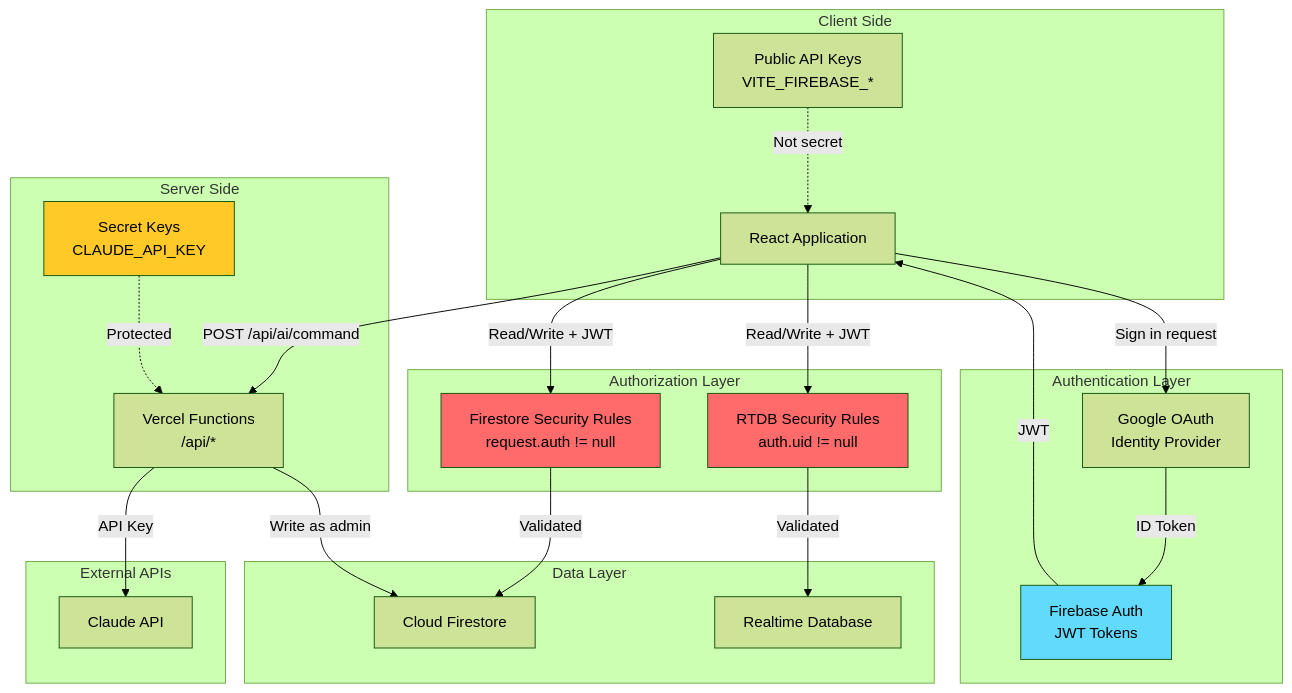
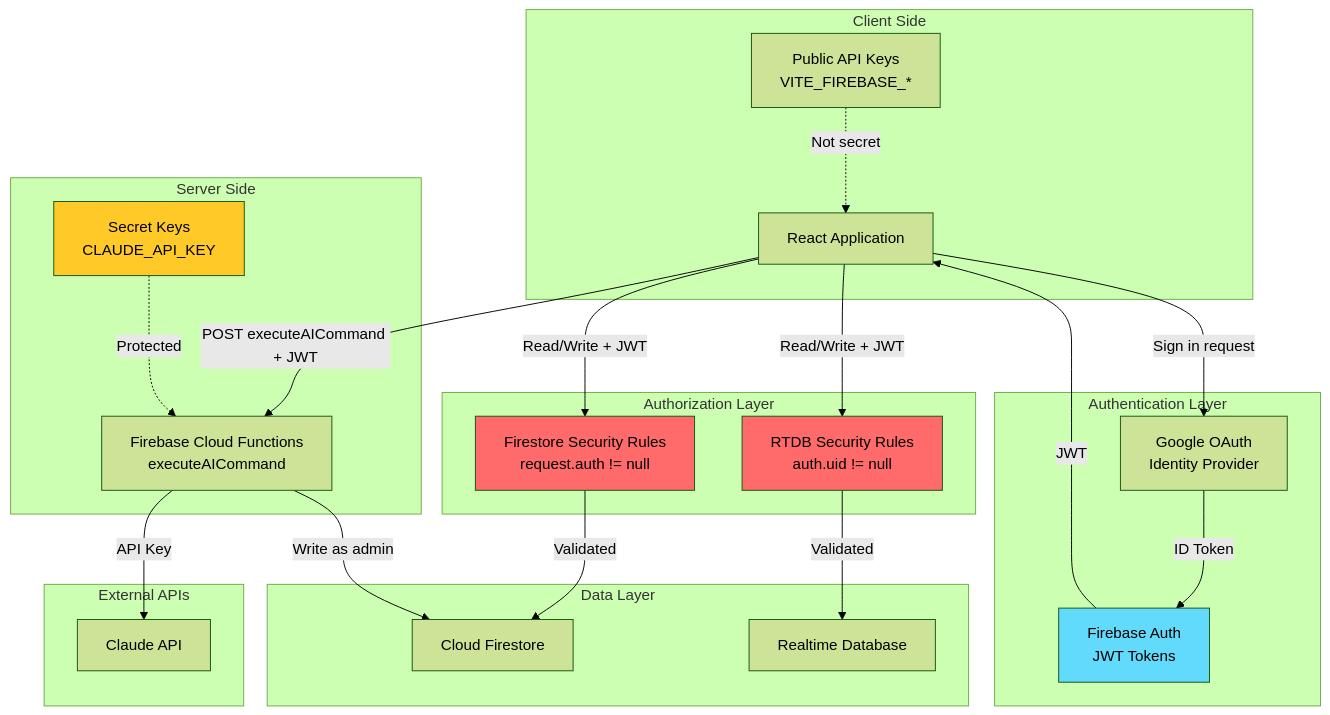
Diagram 14 of 15 in ARCHITECTURE_DIAGRAMS.md (reena96/Canvisia), drawn with Mermaid (forest theme) before and after one commit. The commit also changed other lines of this file and 2 other files, not shown here.

First line of the commit message:
Complete documentation verification and fix all Vercel references

````diff
--- a/ARCHITECTURE_DIAGRAMS.md
+++ b/ARCHITECTURE_DIAGRAMS.md
@@ -656,53 +656,53 @@
 ```mermaid
 graph TB
     subgraph "Client Side"
         ClientApp[React Application]
         PublicKeys[Public API Keys<br/>VITE_FIREBASE_*]
     end
 
     subgraph "Authentication Layer"
         GoogleOAuth[Google OAuth<br/>Identity Provider]
         FirebaseAuth[Firebase Auth<br/>JWT Tokens]
     end
 
     subgraph "Authorization Layer"
         SecurityRules[Firestore Security Rules<br/>request.auth != null]
         RTDBRules[RTDB Security Rules<br/>auth.uid != null]
     end
 
     subgraph "Server Side"
-        VercelFunc[Vercel Functions<br/>/api/*]
+        CloudFunc[Firebase Cloud Functions<br/>executeAICommand]
         SecretKeys[Secret Keys<br/>CLAUDE_API_KEY]
     end
 
     subgraph "Data Layer"
         Firestore[Cloud Firestore]
         RTDB[Realtime Database]
     end
 
     subgraph "External APIs"
         ClaudeAPI[Claude API]
     end
 
     ClientApp -->|Sign in request| GoogleOAuth
     GoogleOAuth -->|ID Token| FirebaseAuth
     FirebaseAuth -->|JWT| ClientApp
 
     ClientApp -->|Read/Write + JWT| SecurityRules
     SecurityRules -->|Validated| Firestore
 
     ClientApp -->|Read/Write + JWT| RTDBRules
     RTDBRules -->|Validated| RTDB
 
-    ClientApp -->|POST /api/ai/command| VercelFunc
-    VercelFunc -->|API Key| ClaudeAPI
-    VercelFunc -->|Write as admin| Firestore
+    ClientApp -->|POST executeAICommand + JWT| CloudFunc
+    CloudFunc -->|API Key| ClaudeAPI
+    CloudFunc -->|Write as admin| Firestore
 
     PublicKeys -.->|Not secret| ClientApp
-    SecretKeys -.->|Protected| VercelFunc
+    SecretKeys -.->|Protected| CloudFunc
 
     style SecurityRules fill:#ff6b6b
     style RTDBRules fill:#ff6b6b
     style SecretKeys fill:#ffca28
     style FirebaseAuth fill:#61dafb
 ```
````
